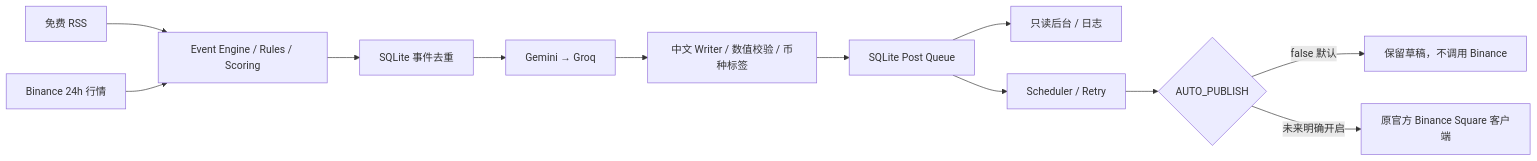
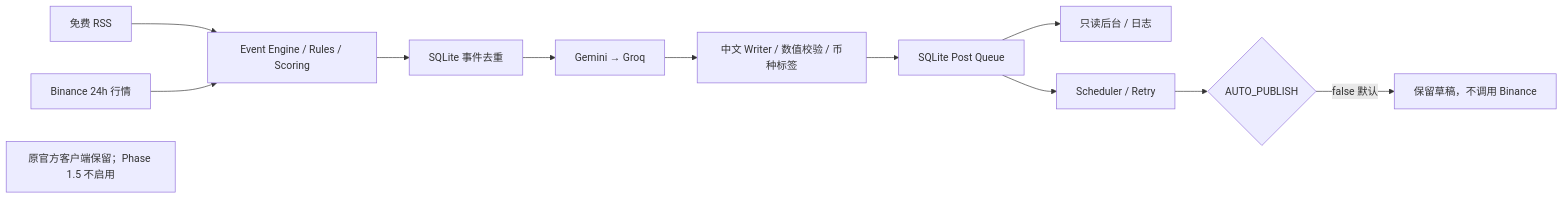
The diagram in README.zh-CN.md (xingxinghuisi/binance-square-ai), drawn with Mermaid before and after one commit. The commit also changed other lines of this file and 22 other files, not shown here.

````diff
--- a/README.zh-CN.md
+++ b/README.zh-CN.md
@@ -54,14 +118,14 @@
 ```mermaid
 flowchart LR
     RSS[免费 RSS] --> E[Event Engine / Rules / Scoring]
     Market[Binance 24h 行情] --> E
     E --> D[SQLite 事件去重]
     D --> AI[Gemini → Groq]
     AI --> W[中文 Writer / 数值校验 / 币种标签]
     W --> Q[SQLite Post Queue]
     Q --> UI[只读后台 / 日志]
     Q --> S[Scheduler / Retry]
     S --> Gate{AUTO_PUBLISH}
     Gate -->|false 默认| Hold[保留草稿，不调用 Binance]
-    Gate -->|未来明确开启| Pub[原官方 Binance Square 客户端]
+    Pub[原官方客户端保留；Phase 1.5 不启用]
 ```
````
